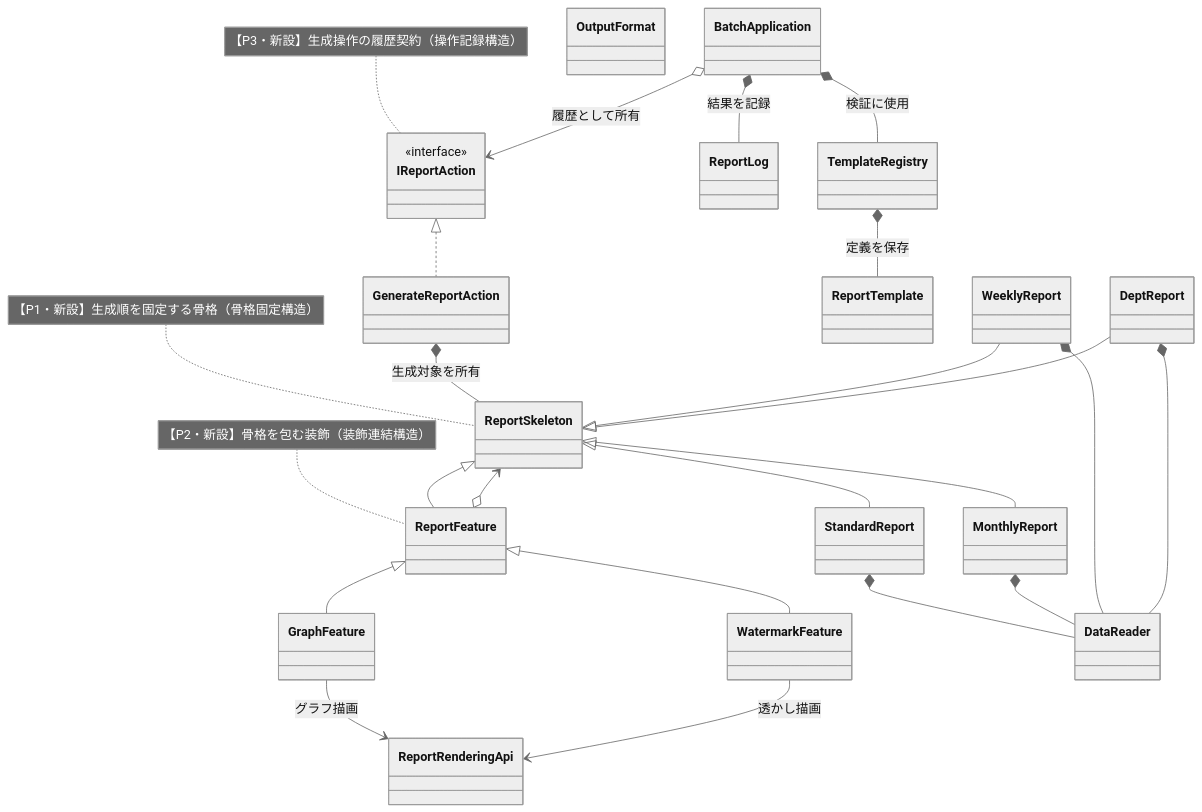
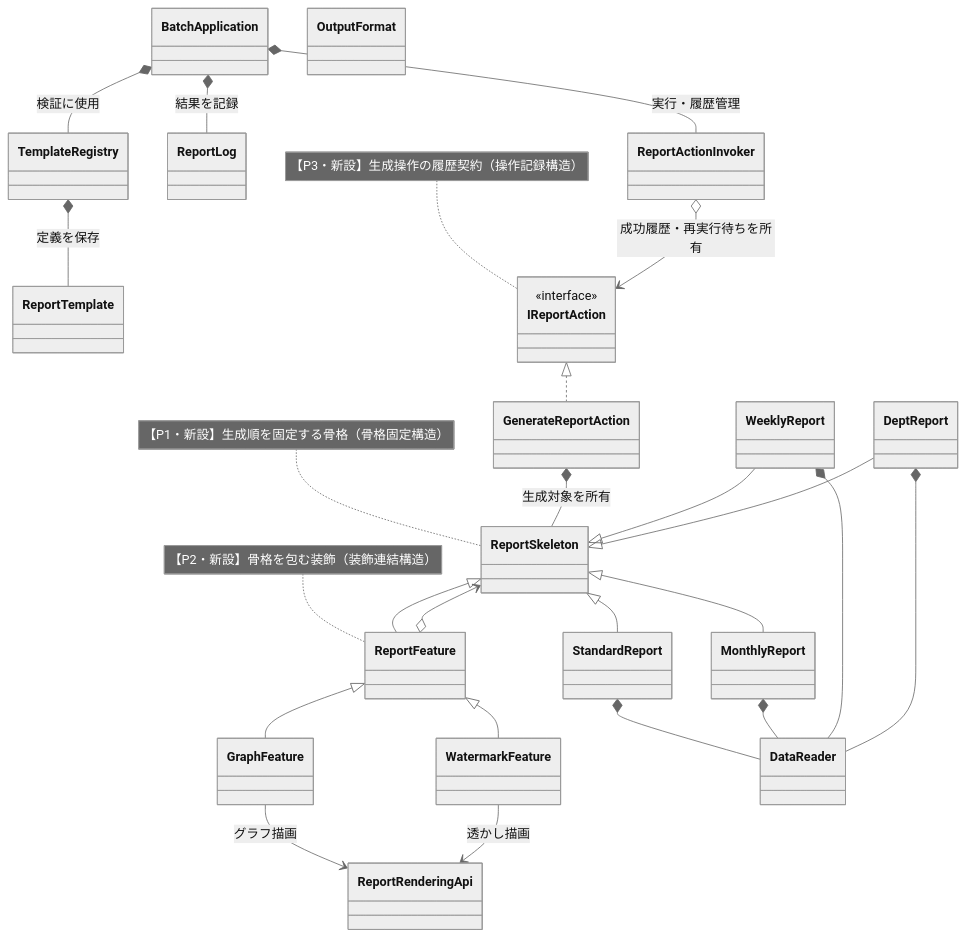
Before and after one commit to kumachan1101-pixel/DesignPattern: the seventh of 12 diagrams in kindle/design-patterns/output/chapter11.md, drawn with Mermaid (neutral theme). The commit also changed other lines of this file and 18 other files, not shown here.

````diff
--- a/kindle/design-patterns/output/chapter11.md
+++ b/kindle/design-patterns/output/chapter11.md
@@ -1339,47 +1339,49 @@
 ```mermaid
 classDiagram
     class WeeklyReport
     class DeptReport
     class TemplateRegistry
     class ReportTemplate
     class ReportRenderingApi
     class ReportLog
     class BatchApplication
     class OutputFormat
     class ReportSkeleton
     class StandardReport
     class MonthlyReport
     class ReportFeature
     class GraphFeature
     class WatermarkFeature
     class DataReader
     class IReportAction { <<interface>> }
     class GenerateReportAction
+    class ReportActionInvoker
     ReportSkeleton <|-- StandardReport
     ReportSkeleton <|-- MonthlyReport
     ReportSkeleton <|-- ReportFeature
     ReportFeature o--> ReportSkeleton
     ReportFeature <|-- GraphFeature
     ReportFeature <|-- WatermarkFeature
     IReportAction <|.. GenerateReportAction
     GenerateReportAction *-- ReportSkeleton : 生成対象を所有
+    ReportActionInvoker o--> IReportAction : 成功履歴・再実行待ちを所有
     WeeklyReport --|> ReportSkeleton
     DeptReport --|> ReportSkeleton
     StandardReport *-- DataReader
     MonthlyReport *-- DataReader
     WeeklyReport *-- DataReader
     DeptReport *-- DataReader
     GraphFeature --> ReportRenderingApi : グラフ描画
     WatermarkFeature --> ReportRenderingApi : 透かし描画
     BatchApplication *-- TemplateRegistry : 検証に使用
     TemplateRegistry *-- ReportTemplate : 定義を保存
     BatchApplication *-- ReportLog : 結果を記録
-    BatchApplication o--> IReportAction : 履歴として所有
+    BatchApplication *-- ReportActionInvoker : 実行・履歴管理
 
     note for ReportSkeleton "【P1・新設】生成順を固定する骨格（骨格固定構造）"
     note for ReportFeature "【P2・新設】骨格を包む装飾（装飾連結構造）"
     note for IReportAction "【P3・新設】生成操作の履歴契約（操作記録構造）"
 
     classDef focus fill:#FFF2CC,stroke:#D6B656,stroke-width:2px,color:#222222
-    cssClass "ReportSkeleton,StandardReport,MonthlyReport,ReportFeature,GraphFeature,WatermarkFeature,IReportAction,GenerateReportAction" focus
+    cssClass "ReportSkeleton,StandardReport,MonthlyReport,ReportFeature,GraphFeature,WatermarkFeature,IReportAction,GenerateReportAction,ReportActionInvoker" focus
 ```
````
